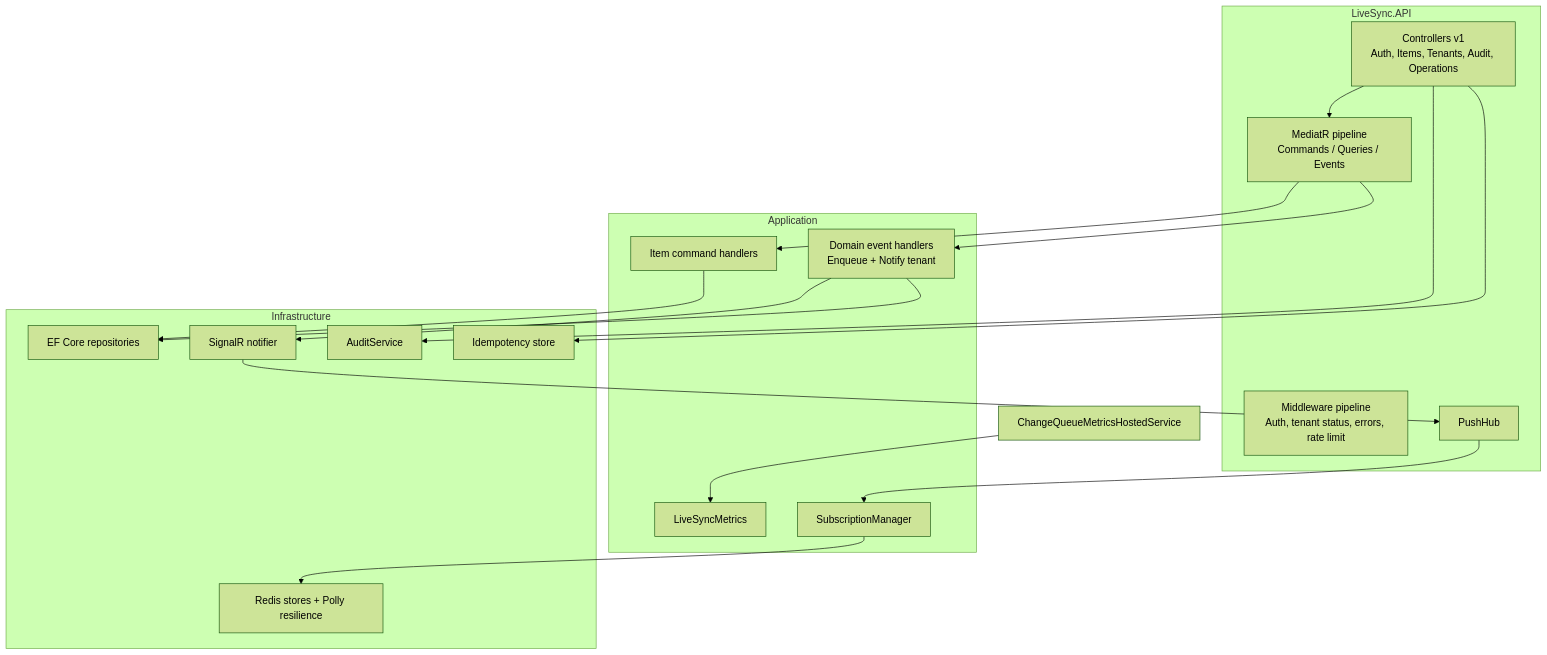
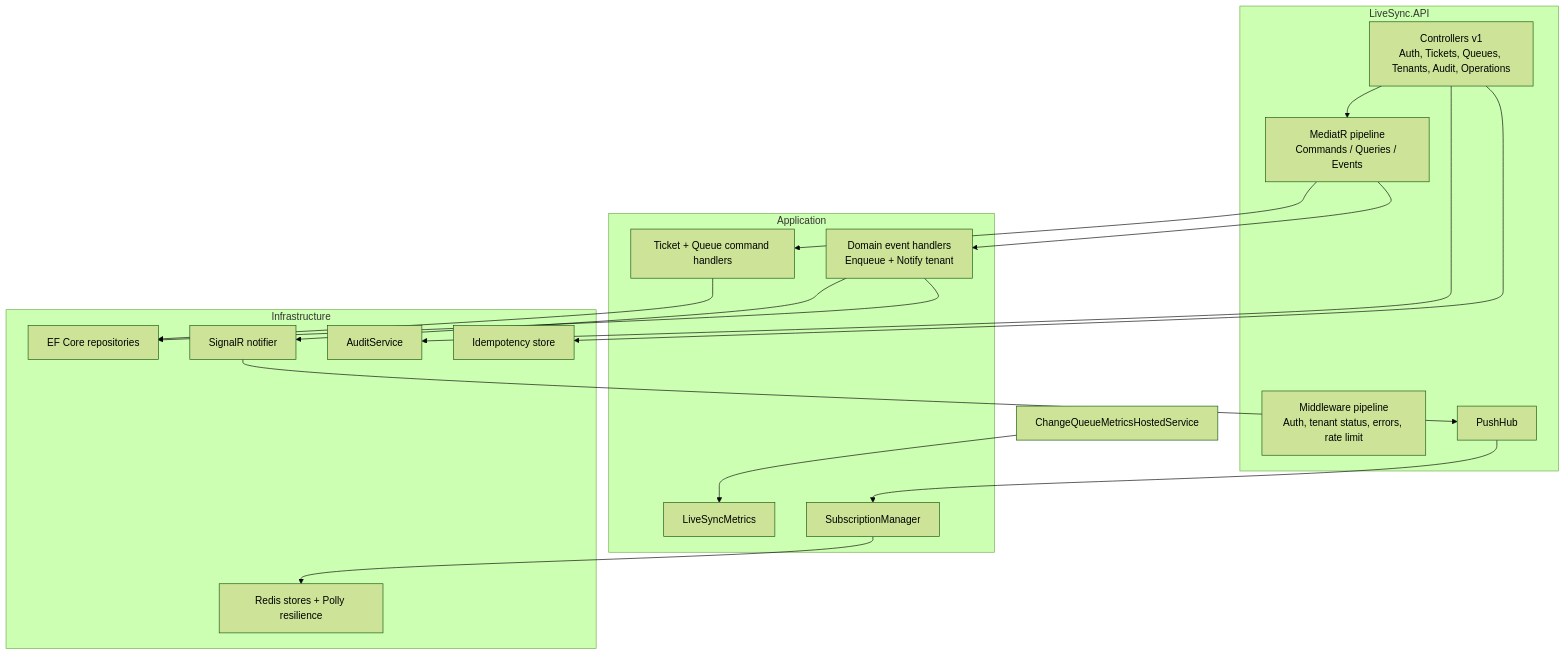
Before and after one commit to ismayilov449/LiveSync: the third of 4 diagrams in LiveSync.PushPlatform/docs/solution-architecture.md, drawn with Mermaid (forest theme). The commit also changed other lines of this file and 215 other files, not shown here.

Commit message:
merge-the-ddd-branch-of-ticket&queue-domains

````diff
--- a/LiveSync.PushPlatform/docs/solution-architecture.md
+++ b/LiveSync.PushPlatform/docs/solution-architecture.md
@@ -82,37 +85,37 @@
 ```mermaid
 flowchart TB
     subgraph API["LiveSync.API"]
         MW[Middleware pipeline<br/>Auth, tenant status, errors, rate limit]
-        CTRL[Controllers v1<br/>Auth, Items, Tenants, Audit, Operations]
+        CTRL[Controllers v1<br/>Auth, Tickets, Queues, Tenants, Audit, Operations]
         HUB[PushHub]
         CQRS[MediatR pipeline<br/>Commands / Queries / Events]
     end
 
     subgraph Application
-        HANDLERS[Item command handlers]
+        HANDLERS[Ticket + Queue command handlers]
         EVENTS[Domain event handlers<br/>Enqueue + Notify tenant]
         SUBS[SubscriptionManager]
         METRICS[LiveSyncMetrics]
     end
 
     subgraph Infrastructure
         EF[EF Core repositories]
         REDIS[Redis stores + Polly resilience]
         NOTIFIER[SignalR notifier]
         AUDIT[AuditService]
         IDEM[Idempotency store]
     end
 
     CTRL --> CQRS
     HUB --> SUBS
     CQRS --> HANDLERS
     CQRS --> EVENTS
     HANDLERS --> EF
     EVENTS --> NOTIFIER
     EVENTS --> EF
     CTRL --> AUDIT
     CTRL --> IDEM
     SUBS --> REDIS
     NOTIFIER --> HUB
     worker_metrics[ChangeQueueMetricsHostedService] --> METRICS
 ```
````
